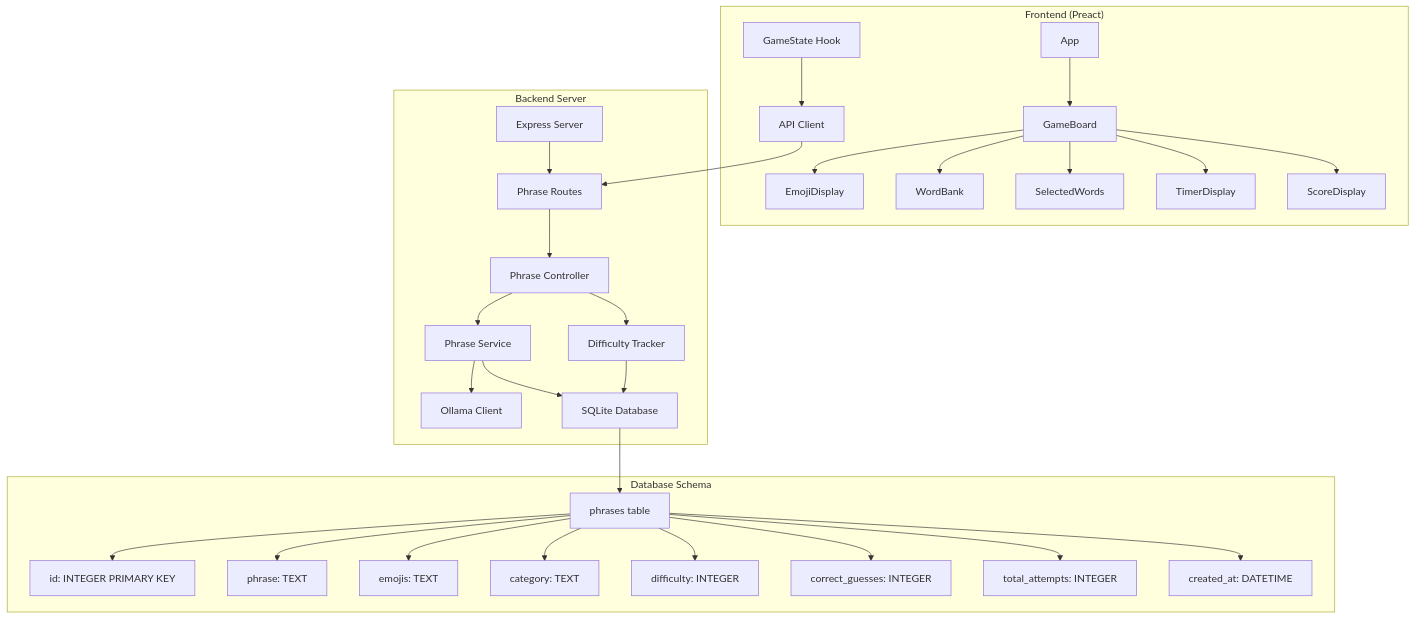
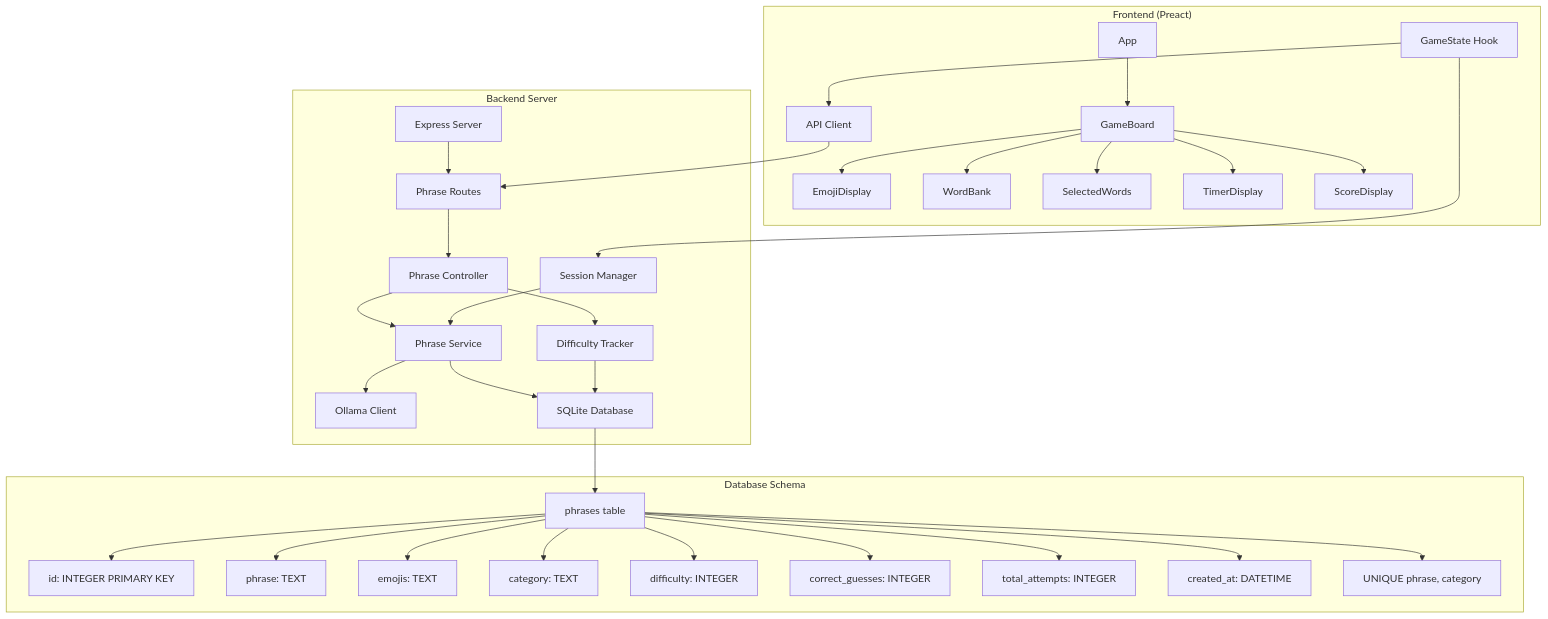
The second of 2 diagrams in architecture.md (yogthos/emojiq), drawn with Mermaid before and after one commit. The commit also changed other lines of this file and 6 other files, not shown here.

````diff
--- a/architecture.md
+++ b/architecture.md
@@ -29,36 +34,39 @@
 ```mermaid
 graph TB
     subgraph "Frontend (Preact)"
         A[App] --> B[GameBoard]
         B --> C[EmojiDisplay]
         B --> D[WordBank]
         B --> E[SelectedWords]
         B --> F[TimerDisplay]
         B --> G[ScoreDisplay]
         H[GameState Hook] --> I[API Client]
     end
     
     subgraph "Backend Server"
         J[Express Server] --> K[Phrase Routes]
         K --> L[Phrase Controller]
         L --> M[Phrase Service]
         M --> N[Ollama Client]
         M --> O[SQLite Database]
         P[Difficulty Tracker] --> O
+        Q[Session Manager] --> M
     end
     
     subgraph "Database Schema"
-        O --> Q[phrases table]
-        Q --> R[id: INTEGER PRIMARY KEY]
-        Q --> S[phrase: TEXT]
-        Q --> T[emojis: TEXT]
-        Q --> U[category: TEXT]
-        Q --> V[difficulty: INTEGER]
-        Q --> W[correct_guesses: INTEGER]
-        Q --> X[total_attempts: INTEGER]
-        Q --> Y[created_at: DATETIME]
+        O --> R[phrases table]
+        R --> S[id: INTEGER PRIMARY KEY]
+        R --> T[phrase: TEXT]
+        R --> U[emojis: TEXT]
+        R --> V[category: TEXT]
+        R --> W[difficulty: INTEGER]
+        R --> X[correct_guesses: INTEGER]
+        R --> Y[total_attempts: INTEGER]
+        R --> Z[created_at: DATETIME]
+        R --> AA[UNIQUE phrase, category]
     end
     
     I --> K
     L --> P
+    H --> Q
 ```
````
